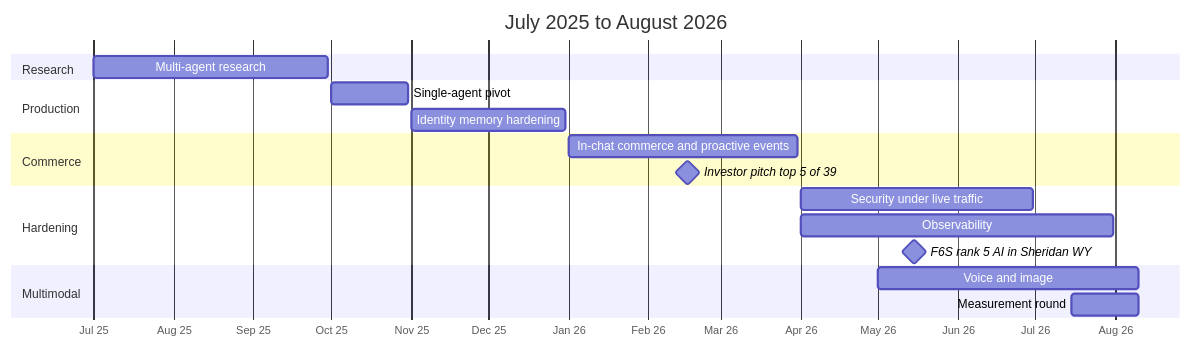
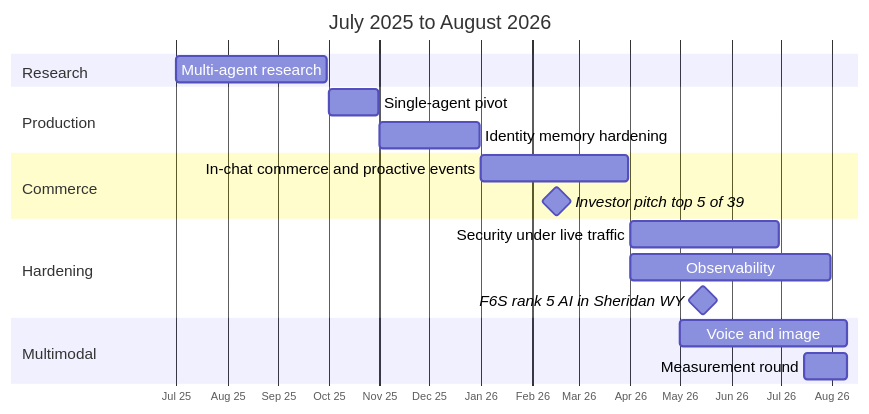
The second of 2 diagrams in README.md (JoshPola96/enterprise-ai-agent-architecture-esim), drawn with Mermaid before and after one commit. The commit also changed 1 other file, not shown here.

Commit message:
Size the timeline charts for phones

````diff
--- a/README.md
+++ b/README.md
@@ -131,21 +131,22 @@
 ```mermaid
+%%{init: {"gantt": {"useWidth": 780, "fontSize": 14, "sectionFontSize": 14, "barHeight": 24, "barGap": 6, "leftPadding": 150, "rightPadding": 20}}}%%
 gantt
     title July 2025 to August 2026
     dateFormat YYYY-MM-DD
     axisFormat %b %y
     section Research
     Multi-agent research                  :2025-07-01, 2025-09-30
     section Production
     Single-agent pivot                    :2025-10-01, 2025-10-31
     Identity memory hardening             :2025-11-01, 2025-12-31
     section Commerce
     In-chat commerce and proactive events :2026-01-01, 2026-03-31
     Investor pitch top 5 of 39            :milestone, 2026-02-16, 0d
     section Hardening
     Security under live traffic           :2026-04-01, 2026-06-30
     Observability                         :2026-04-01, 2026-07-31
     F6S rank 5 AI in Sheridan WY          :milestone, 2026-05-15, 0d
     section Multimodal
     Voice and image                       :2026-05-01, 2026-08-10
     Measurement round                     :2026-07-15, 2026-08-10
 ```
````
